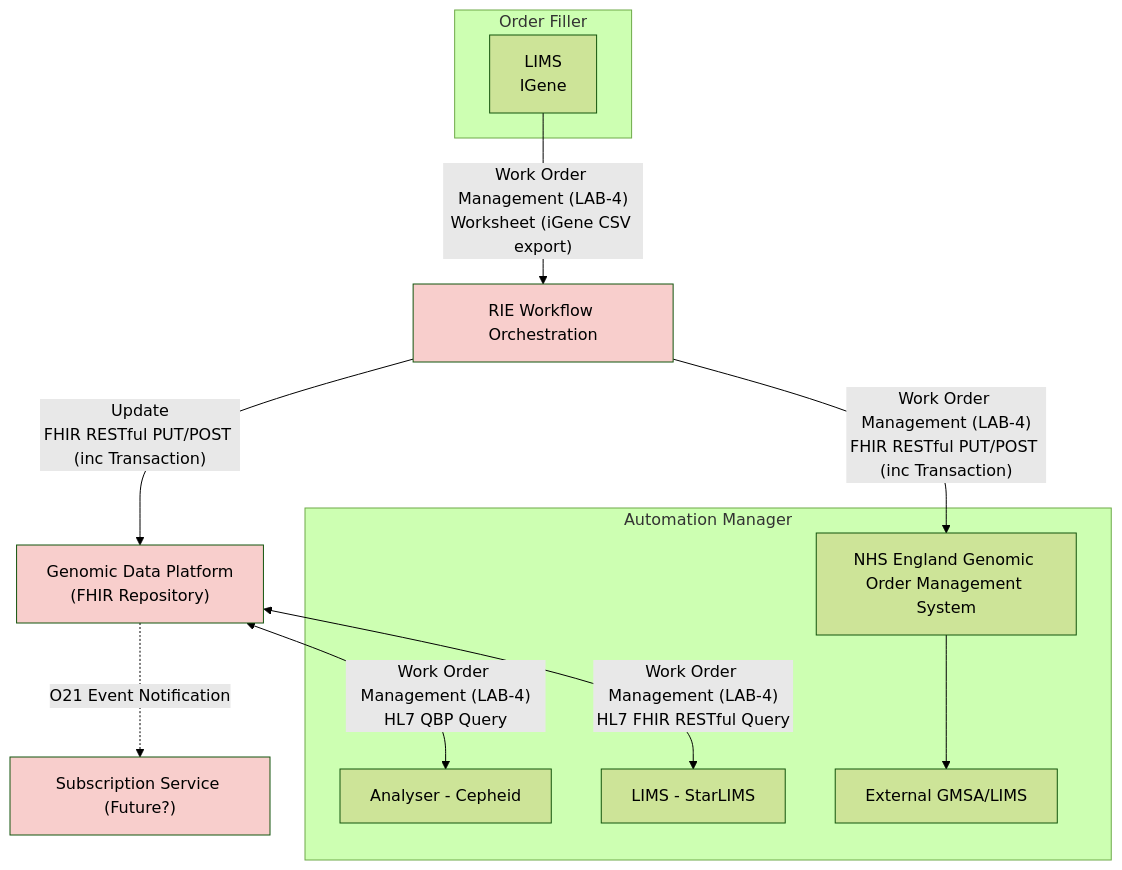
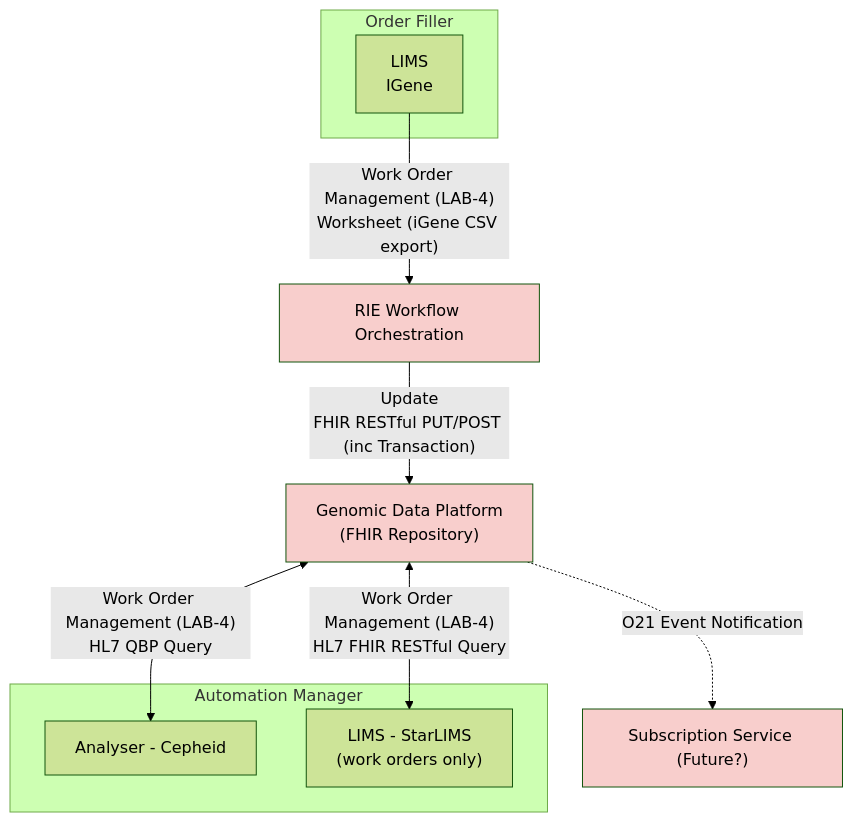
One commit to nw-gmsa/nw-gmsa.github.com changed diagram 14 of 15 in input/pagecontent/LTW.md. Above: the diagram before and after it, drawn with Mermaid (forest theme). The commit also changed other lines of this file and 18 other files, not shown here.

First line of the commit message:
Add Whole Genome Sequencing scenario; work order vs sub-order guidance

````diff
--- a/input/pagecontent/LTW.md
+++ b/input/pagecontent/LTW.md
@@ -527,33 +542,29 @@
 ```mermaid
 graph TD
 
 subgraph GenomicLIMS["Order Filler"];
     iGene[LIMS<br/>IGene]
 end
 
 RIE4["RIE Workflow Orchestration"]
 
 subgraph Analyser["Automation Manager"];
     Cepheid[Analyser - Cepheid]
-    StarLIMS[LIMS - StarLIMS]
-    GOMS["NHS England Genomic Order Management System"] 
-    ExtLIMS[External GMSA/LIMS]
+    StarLIMS["LIMS - StarLIMS<br/>(work orders only)"]
 end 
 
 GDP["Genomic Data Platform<br/>(FHIR Repository)"]
 PubSub["Subscription Service (Future?)"]
 
 RIE4 --> |"Update<br/>FHIR RESTful PUT/POST (inc Transaction)"| GDP
 GDP -.-> |O21 Event Notification| PubSub
 
 iGene --> |"Work Order Management (LAB-4)<br/>Worksheet (iGene CSV export)"| RIE4
 GDP <--> |"Work Order Management (LAB-4)<br/>HL7 QBP Query"| Cepheid
 GDP <--> |"Work Order Management (LAB-4)<br/>HL7 FHIR RESTful Query"| StarLIMS
-RIE4 --> |"Work Order Management (LAB-4)<br/>FHIR RESTful PUT/POST (inc Transaction)"| GOMS
-GOMS --> ExtLIMS
 
 classDef purple fill:#E1D5E7;
 classDef pink fill:#F8CECC;
 
 class GDP,RIE4,PubSub pink;
 ```
````
